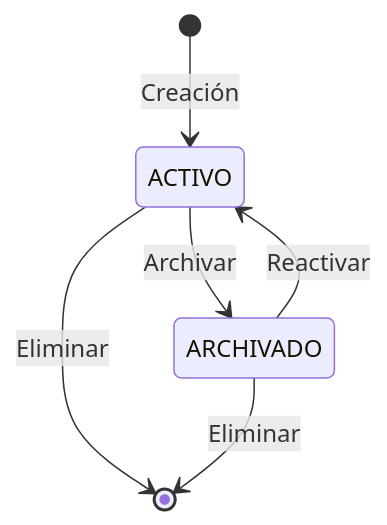
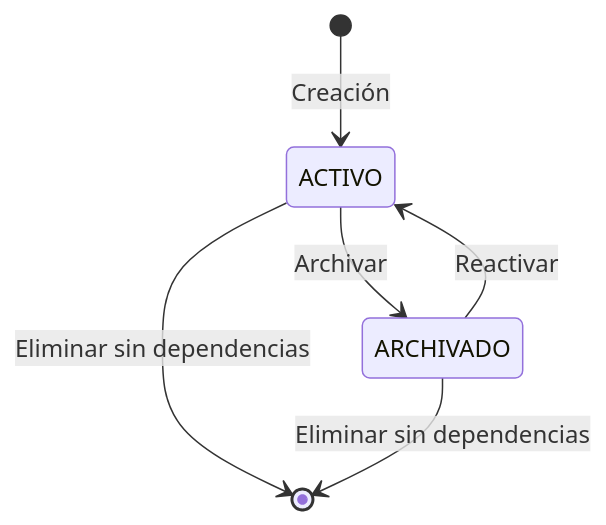
The fifth of 10 diagrams in docs/ARQUITECTURA.md (fbacalini90/ALTO-SISTEMA), drawn with Mermaid before and after one commit. The commit also changed other lines of this file and 38 other files, not shown here.

````diff
--- a/docs/ARQUITECTURA.md
+++ b/docs/ARQUITECTURA.md
@@ -581,8 +598,8 @@
 ```mermaid
 stateDiagram-v2
     [*] --> ACTIVO: Creación
     ACTIVO --> ARCHIVADO: Archivar
     ARCHIVADO --> ACTIVO: Reactivar
-    ACTIVO --> [*]: Eliminar
-    ARCHIVADO --> [*]: Eliminar
+    ACTIVO --> [*]: Eliminar sin dependencias
+    ARCHIVADO --> [*]: Eliminar sin dependencias
 ```
````
